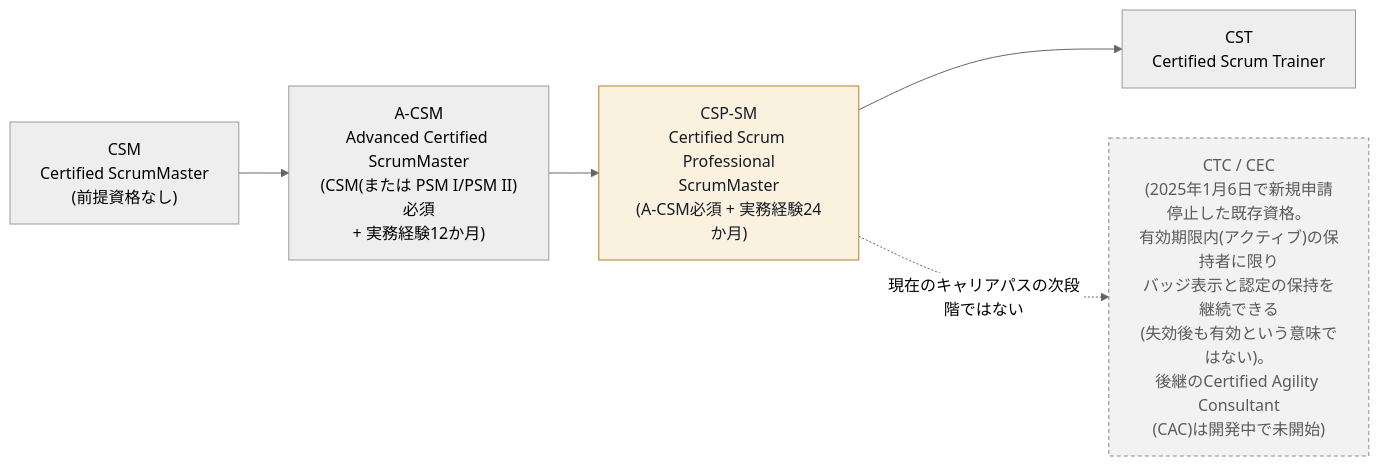
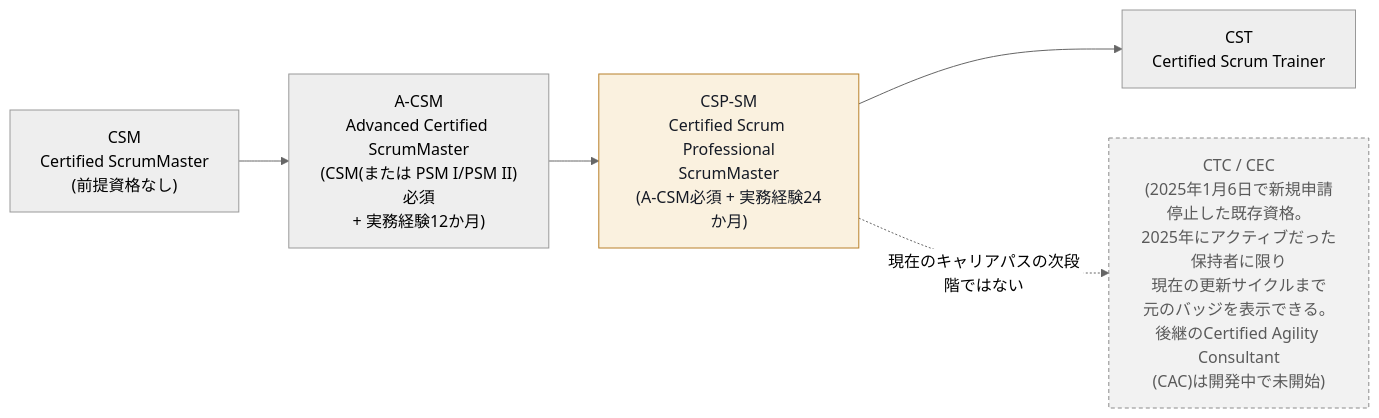
The first of 15 diagrams in Csp-sm-certified-scrum-professional-scrummaster-study-guide.md (myoshi2891/Management-Team-Building-Studies), drawn with Mermaid (neutral theme) before and after one commit. The commit also changed other lines of this file, not shown here.

Commit message:
docs(csp-sm): clarify badge display terms for retired CTC and CEC credentials

````diff
--- a/Csp-sm-certified-scrum-professional-scrummaster-study-guide.md
+++ b/Csp-sm-certified-scrum-professional-scrummaster-study-guide.md
@@ -57,12 +57,12 @@
 ```mermaid
 flowchart LR
     A["CSM<br/>Certified ScrumMaster<br/>(前提資格なし)"] --> B["A-CSM<br/>Advanced Certified ScrumMaster<br/>(CSM(または PSM I/PSM II)必須<br/>+ 実務経験12か月)"]
     B --> C["CSP-SM<br/>Certified Scrum Professional<br/>ScrumMaster<br/>(A-CSM必須 + 実務経験24か月)"]
     C --> D["CST<br/>Certified Scrum Trainer"]
-    C -.->|"現在のキャリアパスの次段階ではない"| E["CTC / CEC<br/>(2025年1月6日で新規申請停止した既存資格。<br/>有効期限内(アクティブ)の保持者に限り<br/>バッジ表示と認定の保持を継続できる<br/>(失効後も有効という意味ではない)。<br/>後継のCertified Agility Consultant<br/>(CAC)は開発中で未開始)"]
+    C -.->|"現在のキャリアパスの次段階ではない"| E["CTC / CEC<br/>(2025年1月6日で新規申請停止した既存資格。<br/>2025年にアクティブだった保持者に限り<br/>現在の更新サイクルまで<br/>元のバッジを表示できる。<br/>後継のCertified Agility Consultant<br/>(CAC)は開発中で未開始)"]
 
     classDef current fill:#FAF1DF,stroke:#B8802A,color:#161B26
     classDef retired fill:#F2F2F2,stroke:#8A8A8A,color:#5A5A5A,stroke-dasharray: 4 3
     class C current
     class E retired
 ```
````
